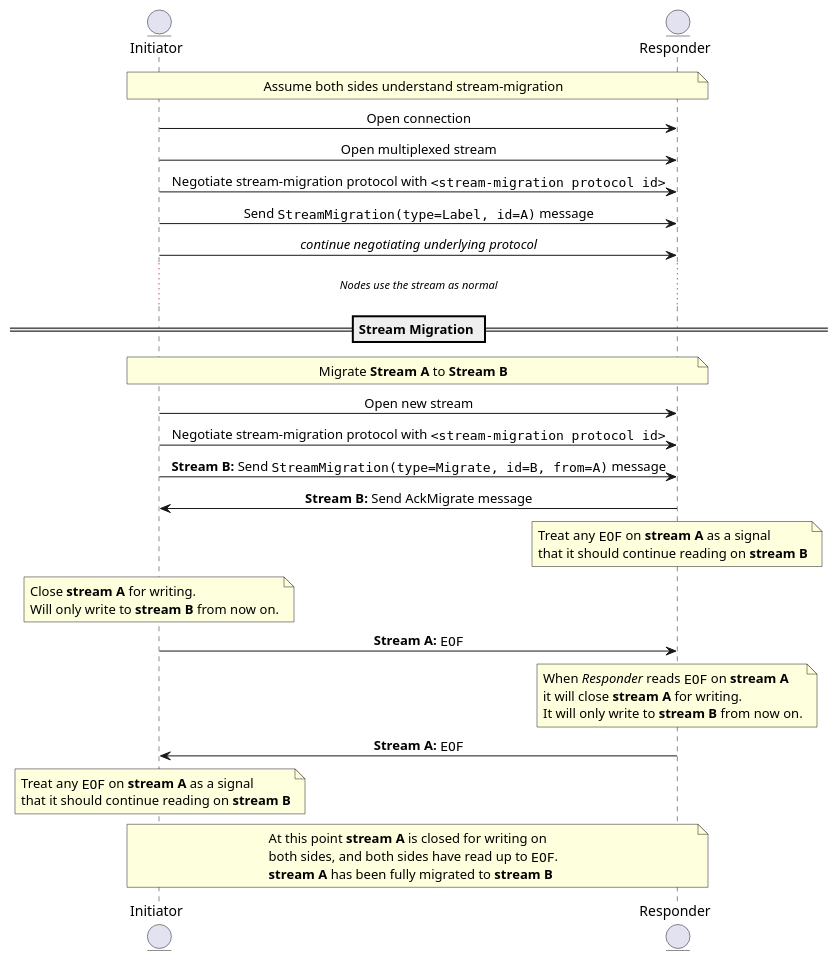
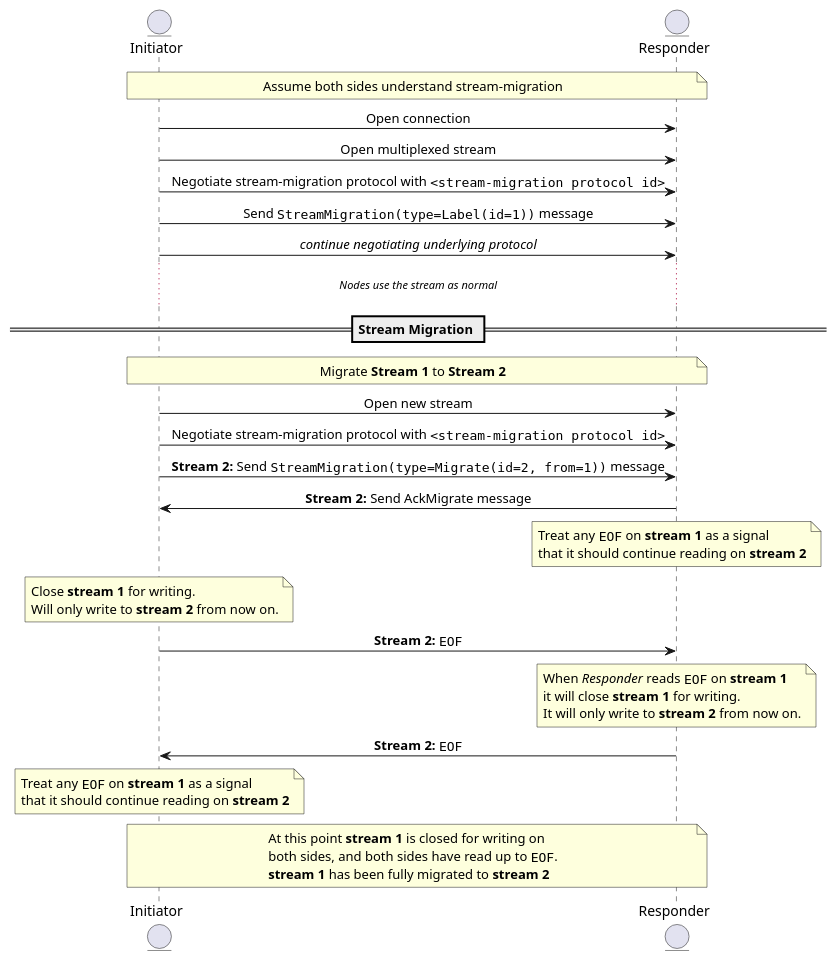
The first of 2 diagrams in connections/stream-migration.md (libp2p/specs), drawn with PlantUML before and after one commit. The commit also changed other lines of this file and 3 other files, not shown here.

````diff
--- a/connections/stream-migration.md
+++ b/connections/stream-migration.md
@@ -50,63 +51,63 @@
 ``` plantuml
 @startuml stream-migration
 skinparam sequenceMessageAlign center
 entity Initiator
 entity Responder
 
 note over Initiator, Responder: Assume both sides understand stream-migration
 
 Initiator -> Responder: Open connection
 Initiator -> Responder: Open multiplexed stream
 
 Initiator -> Responder: Negotiate stream-migration protocol with ""<stream-migration protocol id>""
 
-Initiator -> Responder: Send ""StreamMigration(type=Label, id=A)"" message
+Initiator -> Responder: Send ""StreamMigration(type=Label(id=1))"" message
 
 Initiator -> Responder: <i> continue negotiating underlying protocol </i>
 ... <i>Nodes use the stream as normal<i> ...
 
 == Stream Migration ==
 
-note over Initiator, Responder: Migrate <b>Stream A</b> to <b>Stream B</b>
+note over Initiator, Responder: Migrate <b>Stream 1</b> to <b>Stream 2</b>
 
 Initiator -> Responder: Open new stream
 Initiator -> Responder: Negotiate stream-migration protocol with ""<stream-migration protocol id>""
 
-Initiator -> Responder: <b>Stream B:</b> Send ""StreamMigration(type=Migrate, id=B, from=A)"" message
+Initiator -> Responder: <b>Stream 2:</b> Send ""StreamMigration(type=Migrate(id=2, from=1))"" message
 
-Initiator <- Responder: <b>Stream B:</b> Send AckMigrate message
+Initiator <- Responder: <b>Stream 2:</b> Send AckMigrate message
 
 note over Responder
-    Treat any ""EOF"" on <b>stream A</b> as a signal
-    that it should continue reading on <b>stream B</b>
+    Treat any ""EOF"" on <b>stream 1</b> as a signal
+    that it should continue reading on <b>stream 2</b>
 end note
 
 
 note over Initiator
-    Close <b>stream A</b> for writing.
-    Will only write to <b>stream B</b> from now on.
+    Close <b>stream 1</b> for writing.
+    Will only write to <b>stream 2</b> from now on.
 end note
 
-Initiator -> Responder: <b>Stream A:</b> ""EOF""
+Initiator -> Responder: <b>Stream 2:</b> ""EOF""
 
 note over Responder
-    When <i>Responder</i> reads ""EOF"" on <b>stream A</b>
-    it will close <b>stream A</b> for writing.
-    It will only write to <b>stream B</b> from now on.
+    When <i>Responder</i> reads ""EOF"" on <b>stream 1</b>
+    it will close <b>stream 1</b> for writing.
+    It will only write to <b>stream 2</b> from now on.
 end note
 
-Initiator <- Responder: <b>Stream A:</b> ""EOF""
+Initiator <- Responder: <b>Stream 2:</b> ""EOF""
 
 note over Initiator
-    Treat any ""EOF"" on <b>stream A</b> as a signal
-    that it should continue reading on <b>stream B</b>
+    Treat any ""EOF"" on <b>stream 1</b> as a signal
+    that it should continue reading on <b>stream 2</b>
 end note
 
 note over Initiator, Responder
-    At this point <b>stream A</b> is closed for writing on
+    At this point <b>stream 1</b> is closed for writing on
     both sides, and both sides have read up to ""EOF"".
-    <b>stream A</b> has been fully migrated to <b>stream B</b>
+    <b>stream 1</b> has been fully migrated to <b>stream 2</b>
 end note
 
 @enduml
 ```
````
